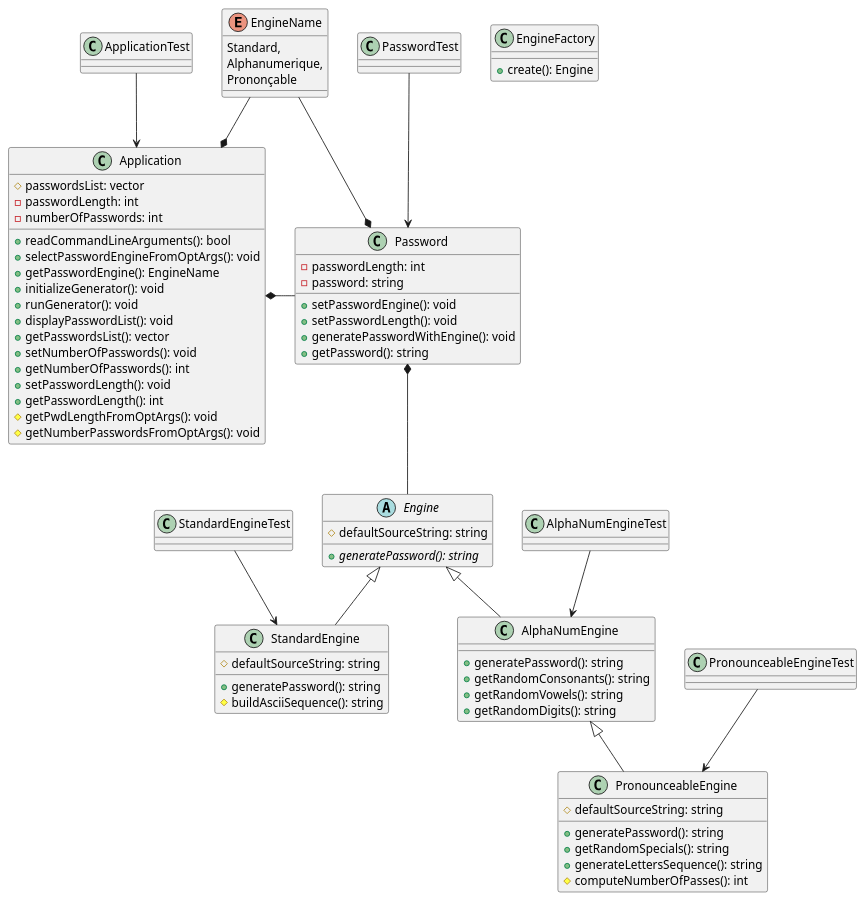
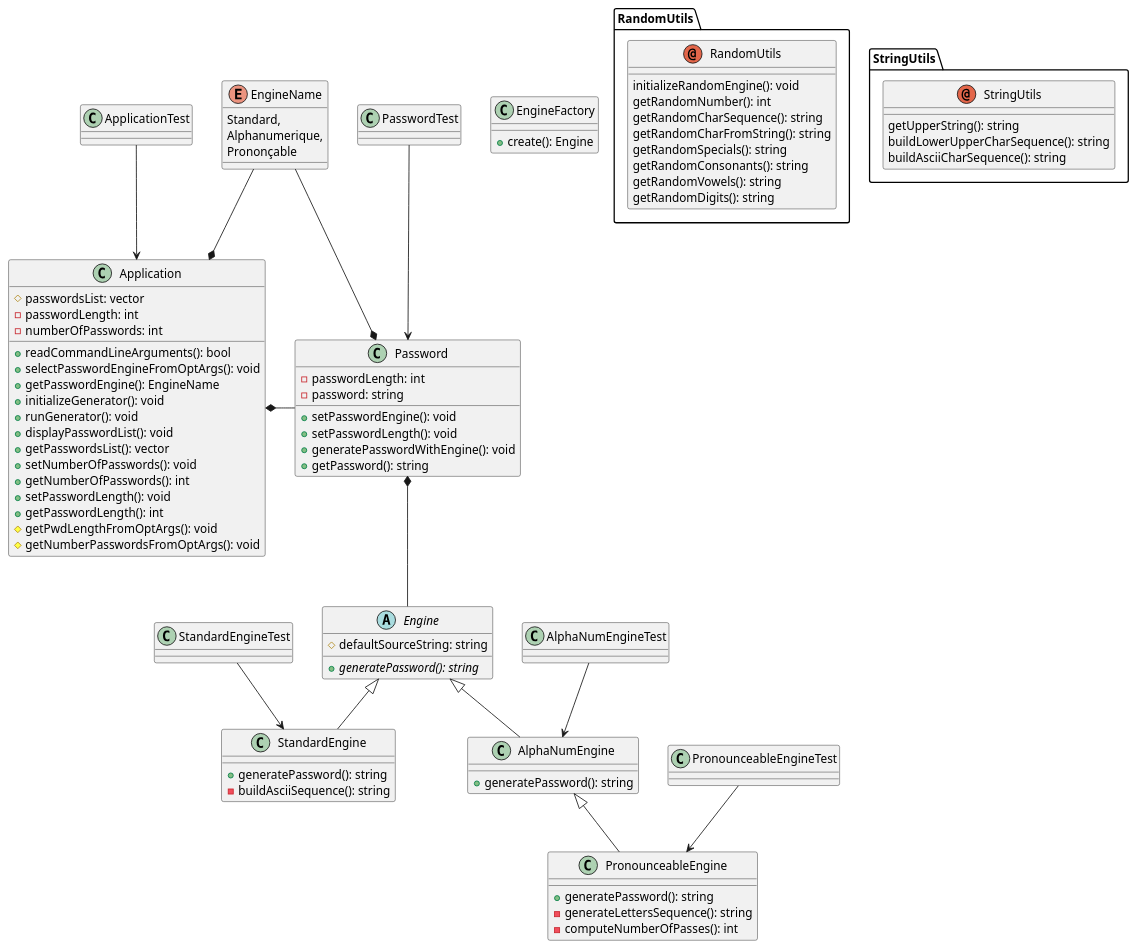
Before and after one commit to JN-GLX/password-generator: the diagram in docs/diagram/src/password-generator.wsd, drawn with PlantUML. The commit also changed 6 other files, not shown here.

```diff
--- a/docs/diagram/src/password-generator.wsd
+++ b/docs/diagram/src/password-generator.wsd
@@ -1,87 +1,99 @@
 @startuml Password Generator
 
 
 abstract class Engine {
     +{abstract} generatePassword(): string
     #defaultSourceString: string
 }
 
 class EngineFactory {
     +create(): Engine
 }
 
 Password *-- Engine
 Engine <|-- StandardEngine
 Engine <|-- AlphaNumEngine
 AlphaNumEngine <|-- PronounceableEngine
 Application *- Password
 EngineName --* Password
 EngineName --* Application
 ApplicationTest --> Application
 PasswordTest --> Password
 StandardEngineTest --> StandardEngine
 AlphaNumEngineTest --> AlphaNumEngine
 PronounceableEngineTest --> PronounceableEngine
 
 class StandardEngine {
     +generatePassword(): string
-    #buildAsciiSequence(): string
-    #defaultSourceString: string
+    -buildAsciiSequence(): string
 }
 
 class AlphaNumEngine {
     +generatePassword(): string
-    +getRandomConsonants(): string
-    +getRandomVowels(): string
-    +getRandomDigits(): string
 }
 
 class PronounceableEngine {
     +generatePassword(): string
-    +getRandomSpecials(): string
-    +generateLettersSequence(): string
-    #computeNumberOfPasses(): int
-    #defaultSourceString: string
+    -generateLettersSequence(): string
+    -computeNumberOfPasses(): int
 }
 
 class Password {
     -passwordLength: int
     -password: string
     +setPasswordEngine(): void
     +setPasswordLength(): void
     +generatePasswordWithEngine(): void
     +getPassword(): string
 }
 
 enum EngineName {
         Standard,
         Alphanumerique,
         Prononçable
+}
+
+set namespaceSeparator ::
+annotation RandomUtils::RandomUtils {
+    initializeRandomEngine(): void
+    getRandomNumber(): int
+    getRandomCharSequence(): string
+    getRandomCharFromString(): string
+    getRandomSpecials(): string
+    getRandomConsonants(): string
+    getRandomVowels(): string
+    getRandomDigits(): string
+}
+
+annotation StringUtils::StringUtils {
+    getUpperString(): string
+    buildLowerUpperCharSequence(): string
+    buildAsciiCharSequence(): string
 }
 
 class Application {
     +readCommandLineArguments(): bool
     +selectPasswordEngineFromOptArgs(): void
     +getPasswordEngine(): EngineName
     +initializeGenerator(): void
     +runGenerator(): void
     +displayPasswordList(): void
     +getPasswordsList(): vector
     +setNumberOfPasswords(): void
     +getNumberOfPasswords(): int
     +setPasswordLength(): void
     +getPasswordLength(): int
     #getPwdLengthFromOptArgs(): void
     #getNumberPasswordsFromOptArgs(): void
     #passwordsList: vector
     -passwordLength: int
     -numberOfPasswords: int
 }
 
 class ApplicationTest
 class PasswordTest
 class StandardEngineTest
 class AlphaNumEngineTest
 class PronounceableEngineTest
 
 @enduml
```
